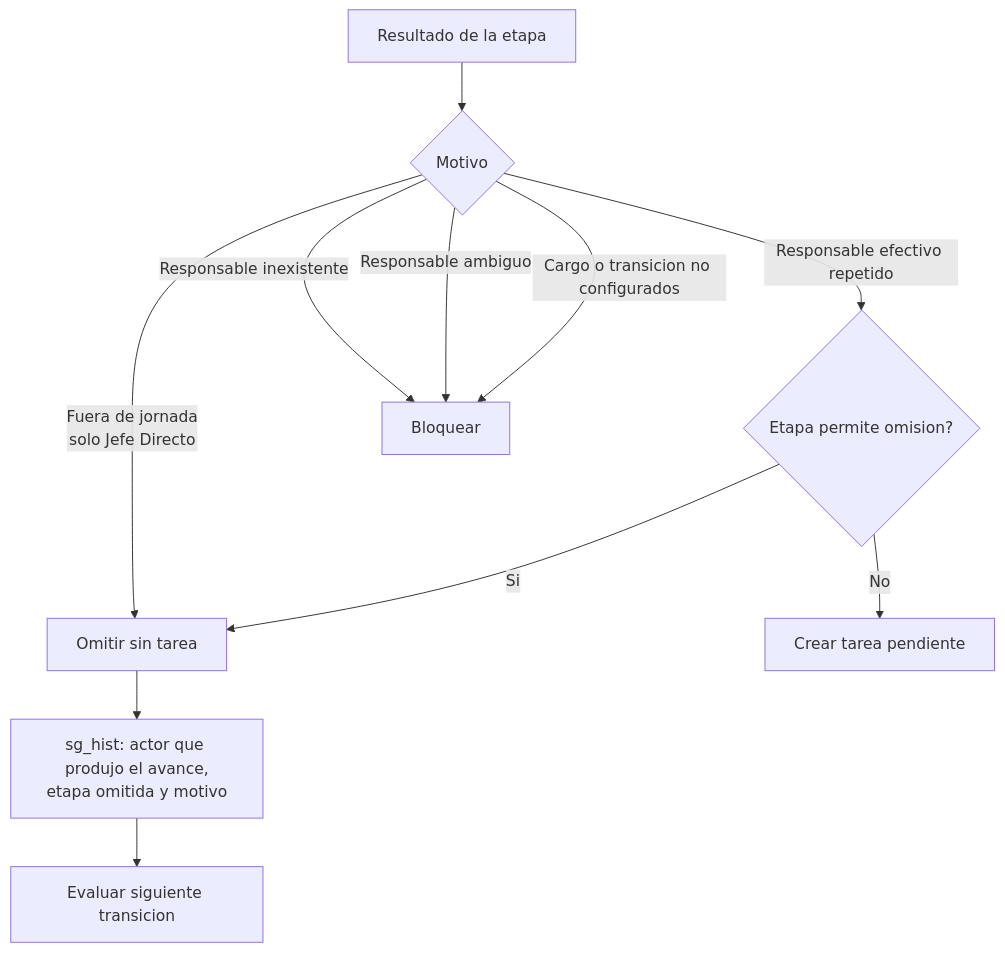
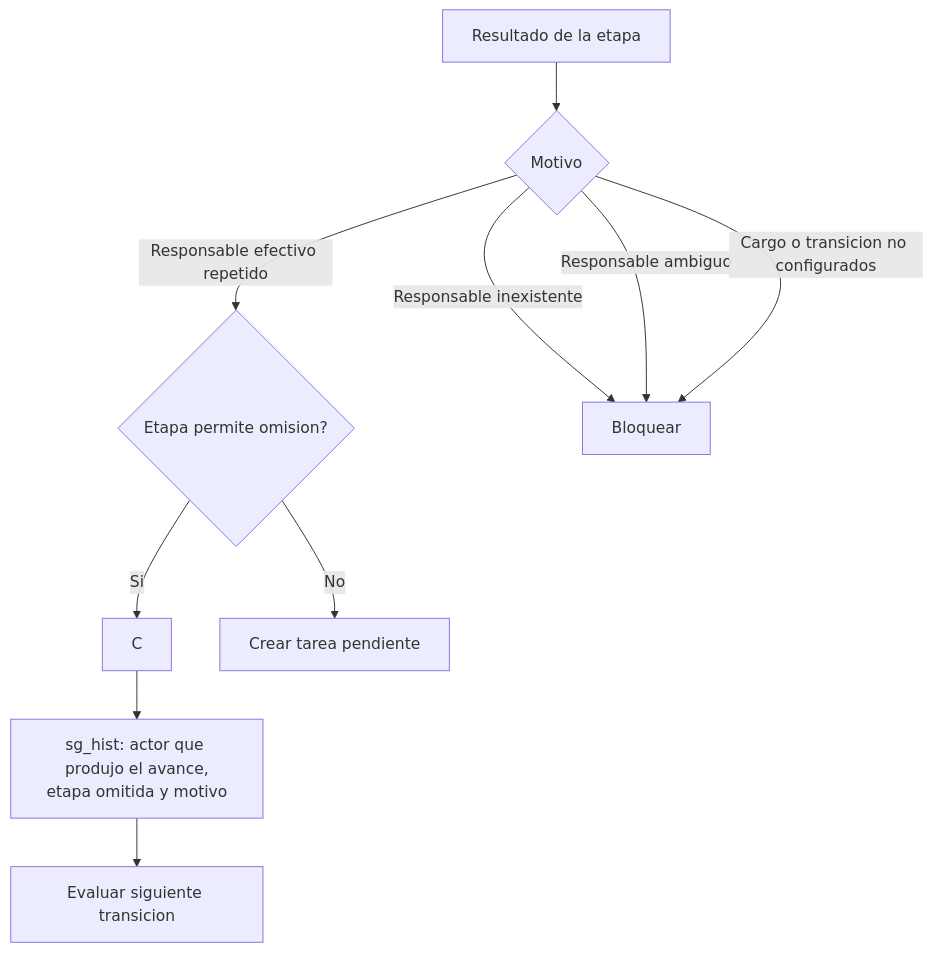
One commit to estebanlizama/template-du09 changed the fourth of 4 diagrams in cambios_pa_solicitud_wf/maestros/flujo_decision_responsables_etapas_du288.md. Above: the diagram before and after it, drawn with Mermaid. The commit also changed other lines of this file and 7 other files, not shown here.

````diff
--- a/cambios_pa_solicitud_wf/maestros/flujo_decision_responsables_etapas_du288.md
+++ b/cambios_pa_solicitud_wf/maestros/flujo_decision_responsables_etapas_du288.md
@@ -213,13 +212,12 @@
 ```mermaid
 flowchart TD
     A[Resultado de la etapa] --> B{Motivo}
-    B -- Fuera de jornada<br/>solo Jefe Directo --> C[Omitir sin tarea]
     B -- Responsable efectivo repetido --> D{Etapa permite omision?}
     D -- Si --> C
     D -- No --> E[Crear tarea pendiente]
     B -- Responsable inexistente --> F[Bloquear]
     B -- Responsable ambiguo --> F
     B -- Cargo o transicion no configurados --> F
     C --> G[sg_hist: actor que produjo el avance,<br/>etapa omitida y motivo]
     G --> H[Evaluar siguiente transicion]
 ```
````
